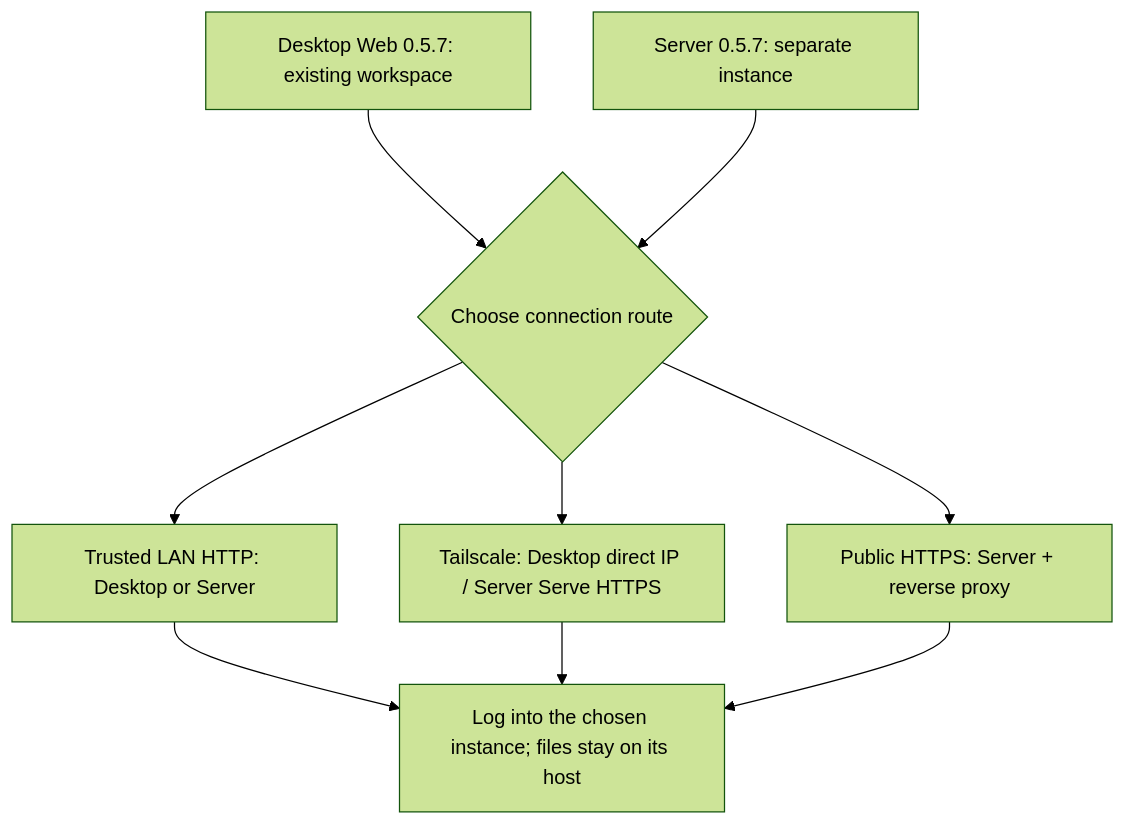
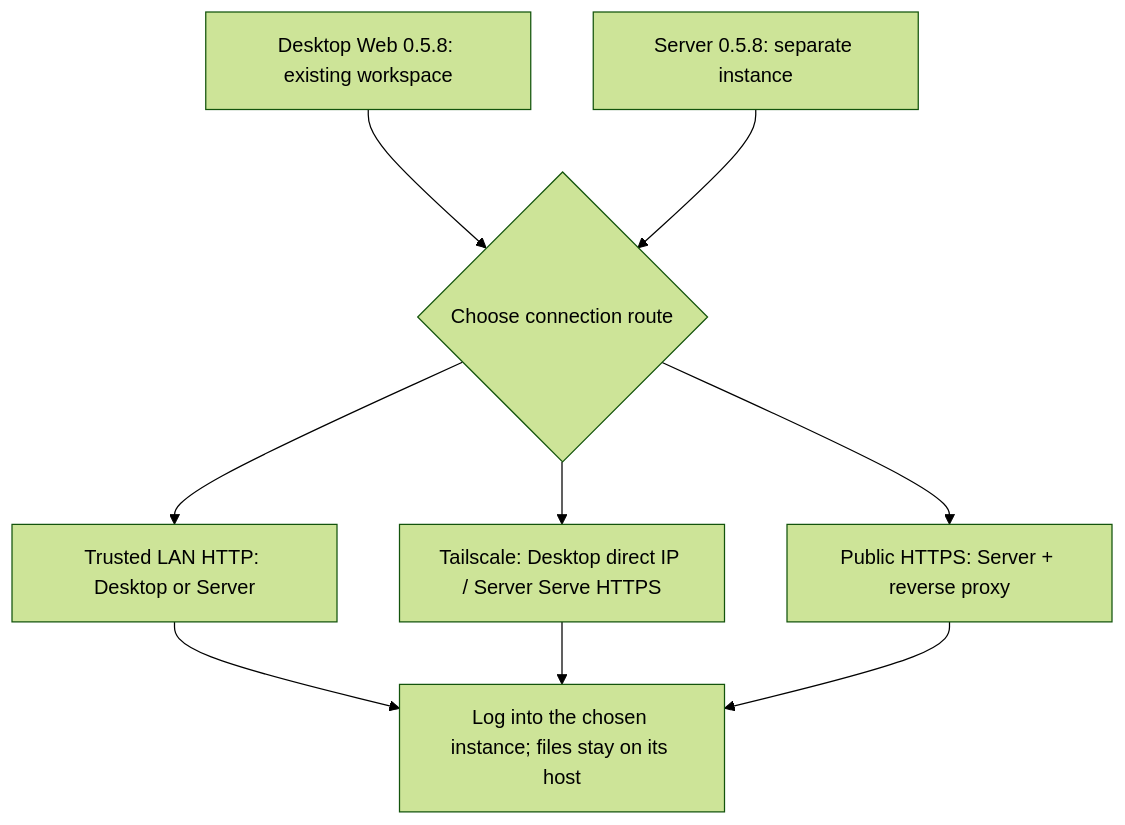
Before and after one commit to murray17/rovai-ai: the diagram in website/site/public/assets/diagrams/deployment-choice-en.mmd, drawn with Mermaid (forest theme). The commit also changed 10 other files, not shown here.

```diff
--- a/website/site/public/assets/diagrams/deployment-choice-en.mmd
+++ b/website/site/public/assets/diagrams/deployment-choice-en.mmd
@@ -1,12 +1,12 @@
 flowchart TB
-  desktop["Desktop Web 0.5.7: existing workspace"]
-  server["Server 0.5.7: separate instance"]
+  desktop["Desktop Web 0.5.8: existing workspace"]
+  server["Server 0.5.8: separate instance"]
   choice{"Choose connection route"}
   desktop --> choice
   server --> choice
   choice --> lan["Trusted LAN HTTP: Desktop or Server"]
   choice --> ts["Tailscale: Desktop direct IP / Server Serve HTTPS"]
   choice --> public["Public HTTPS: Server + reverse proxy"]
   lan --> login["Log into the chosen instance; files stay on its host"]
   ts --> login
   public --> login
```
